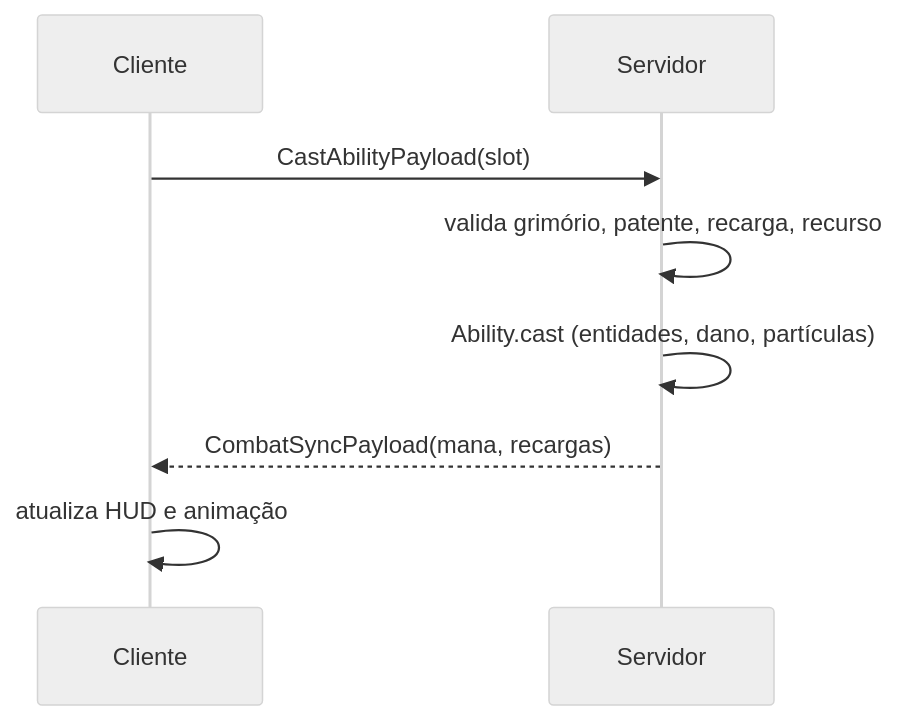
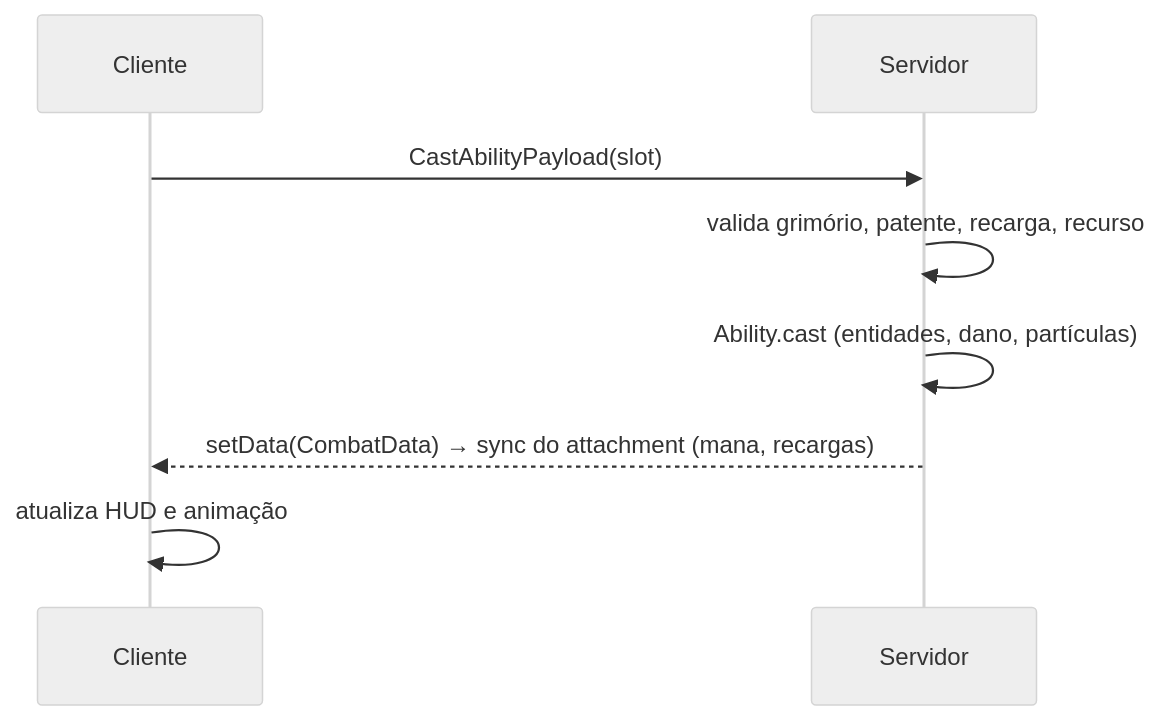
One commit to NavesDev/Grimoire-Knights changed the second of 2 diagrams in docs/arquitetura.md. Above: the diagram before and after it, drawn with Mermaid (neutral theme).

Commit message:
docs: show attachment sync in the spell flow

````diff
--- a/docs/arquitetura.md
+++ b/docs/arquitetura.md
@@ -100,10 +100,10 @@
 ```mermaid
 sequenceDiagram
   participant C as Cliente
   participant S as Servidor
   C->>S: CastAbilityPayload(slot)
   S->>S: valida grimório, patente, recarga, recurso
   S->>S: Ability.cast (entidades, dano, partículas)
-  S-->>C: CombatSyncPayload(mana, recargas)
+  S-->>C: setData(CombatData) → sync do attachment (mana, recargas)
   C->>C: atualiza HUD e animação
 ```
````
